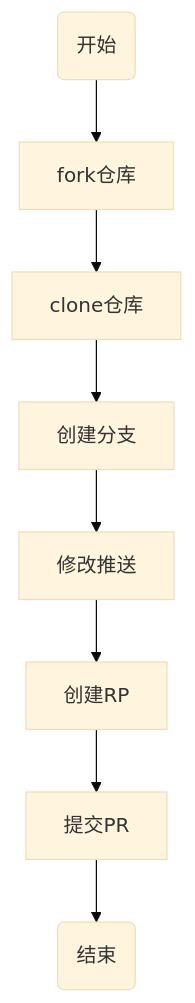
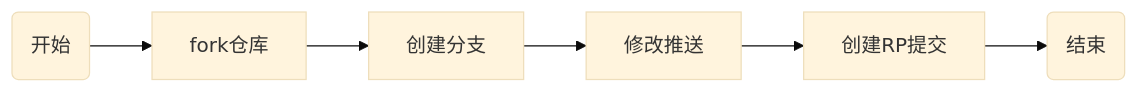
One commit to dmjcb/dmjcb.github.io changed the third of 3 diagrams in _posts/software/git/2024-09-24-使用.md. Above: the diagram before and after it, drawn with Mermaid (base theme). The commit also changed other lines of this file and 32 other files, not shown here.

````diff
--- a/_posts/software/git/2024-09-24-使用.md
+++ b/_posts/software/git/2024-09-24-使用.md
@@ -220,12 +216,10 @@
 ```mermaid
-graph TB;
+graph LR;
     X(开始)
     A[fork仓库]
-    B[clone仓库]
     C[创建分支]
     D[修改推送]
-    E[创建RP]
-    F[提交PR]
+    E[创建RP提交]
     Z(结束)
-    X-->A-->B-->C-->D-->E-->F-->Z
+    X-->A-->C-->D-->E-->Z
 ```
````
